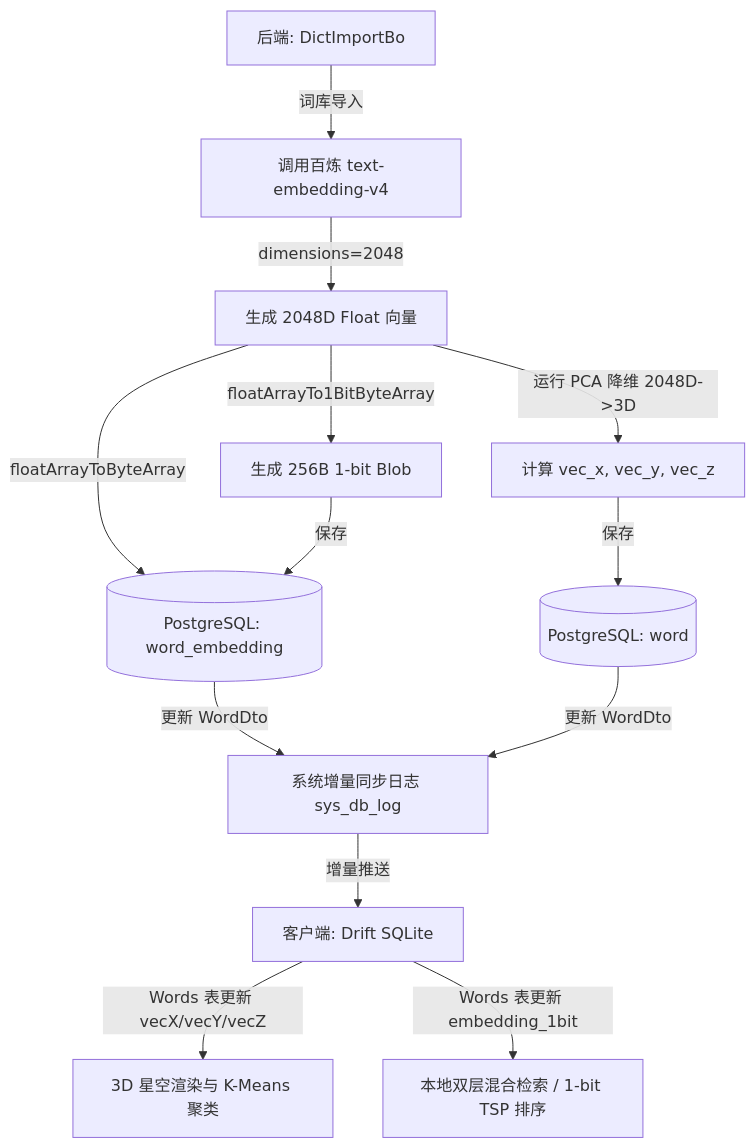
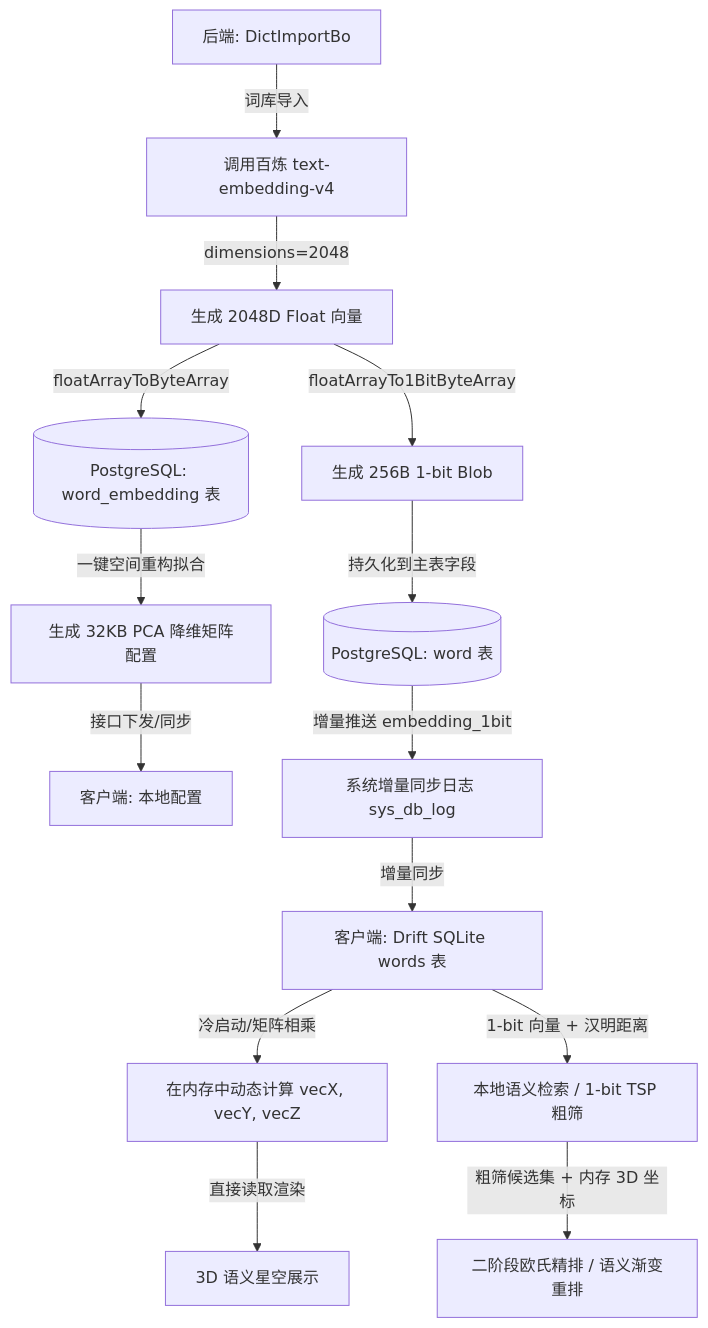
The diagram in design/word_embedding_sorting_plan.md (yubingma/nnbdc), drawn with Mermaid before and after one commit. The commit also changed other lines of this file, not shown here.

Commit message:
docs: update word embedding sorting strategy documentation

````diff
--- a/design/word_embedding_sorting_plan.md
+++ b/design/word_embedding_sorting_plan.md
@@ -162,15 +162,16 @@
 ```mermaid
 graph TD
     A[后端: DictImportBo] -->|词库导入| B[调用百炼 text-embedding-v4]
     B -->|dimensions=2048| C[生成 2048D Float 向量]
-    C -->|floatArrayToByteArray| D[(PostgreSQL: word_embedding)]
+    C -->|floatArrayToByteArray| D[(PostgreSQL: word_embedding 表)]
     C -->|floatArrayTo1BitByteArray| E[生成 256B 1-bit Blob]
-    E -->|保存| D
-    C -->|运行 PCA 降维 2048D->3D| F[计算 vec_x, vec_y, vec_z]
-    F -->|保存| G[(PostgreSQL: word)]
-    D -->|更新 WordDto| H[系统增量同步日志 sys_db_log]
-    G -->|更新 WordDto| H
-    H -->|增量推送| I[客户端: Drift SQLite]
-    I -->|Words 表更新 vecX/vecY/vecZ| J[3D 星空渲染与 K-Means 聚类]
-    I -->|Words 表更新 embedding_1bit| K[本地双层混合检索 / 1-bit TSP 排序]
+    E -->|持久化到主表字段| D2[(PostgreSQL: word 表)]
+    D -->|一键空间重构拟合| F[生成 32KB PCA 降维矩阵配置]
+    F -->|接口下发/同步| G[客户端: 本地配置]
+    D2 -->|增量推送 embedding_1bit| H[系统增量同步日志 sys_db_log]
+    H -->|增量同步| I[客户端: Drift SQLite words 表]
+    I -->|冷启动/矩阵相乘| J[在内存中动态计算 vecX, vecY, vecZ]
+    J -->|直接读取渲染| K[3D 语义星空展示]
+    I -->|1-bit 向量 + 汉明距离| L[本地语义检索 / 1-bit TSP 粗筛]
+    L -->|粗筛候选集 + 内存 3D 坐标| M[二阶段欧氏精排 / 语义渐变重排]
 ```
````
